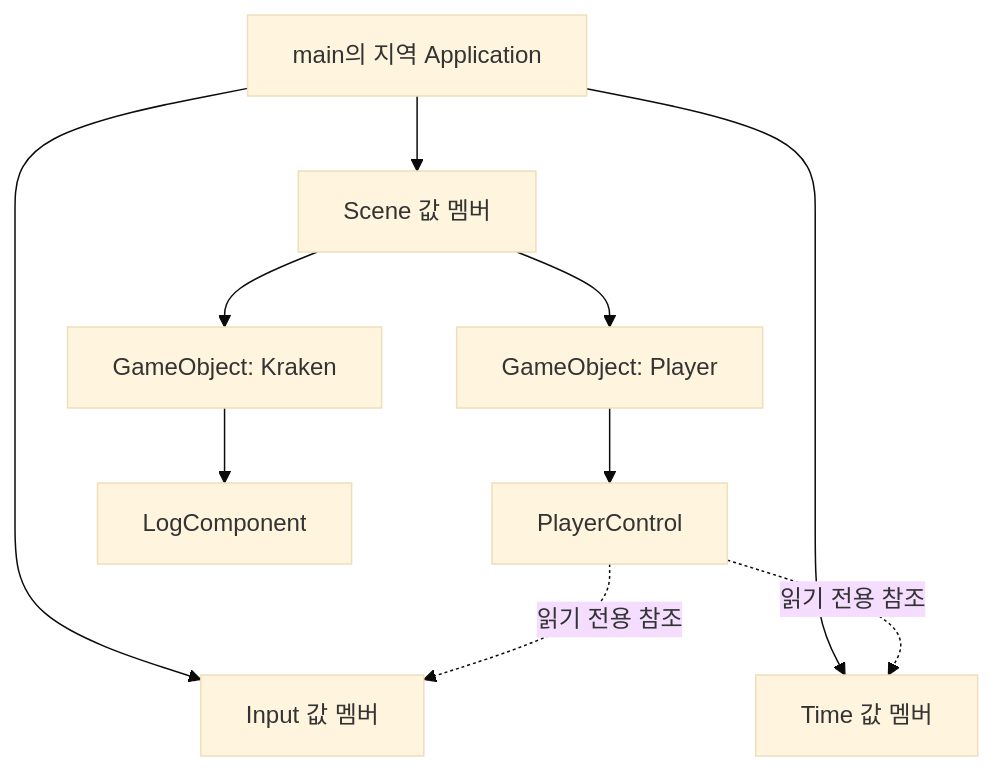
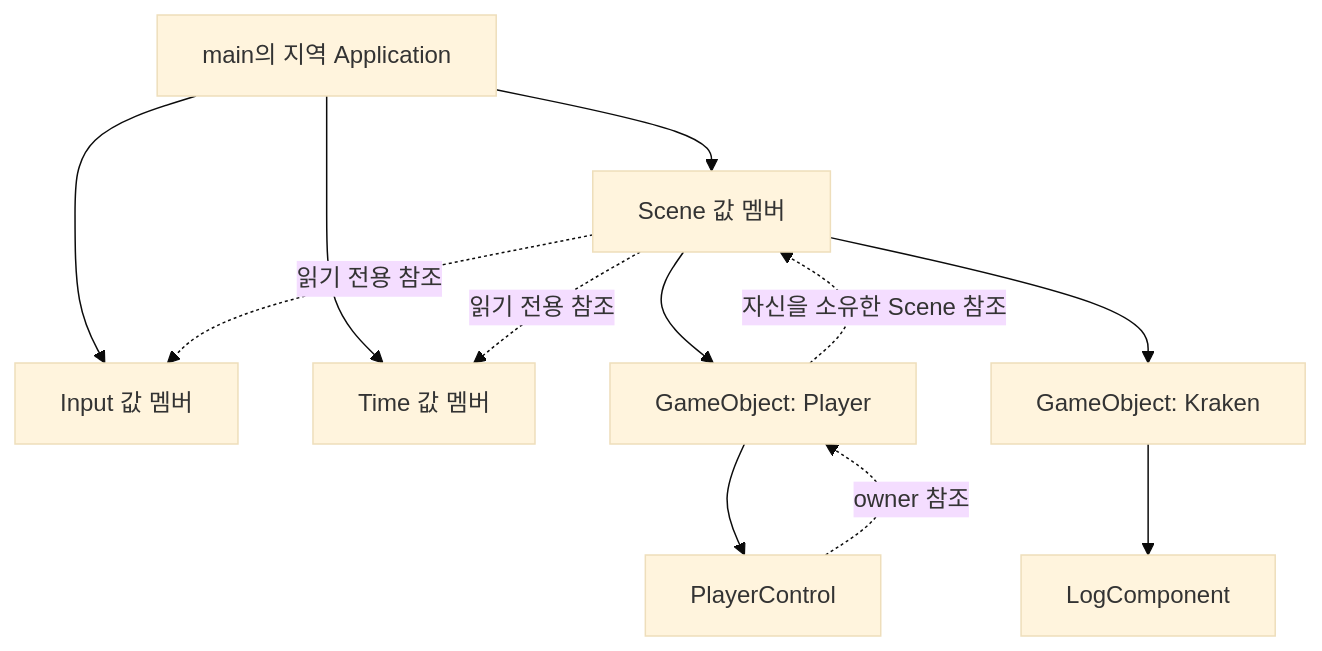
Before and after one commit to jung-seung-hwan/Nereides-Engine2: the first of 2 diagrams in docs/stages/02-input-time.md, drawn with Mermaid (base theme). The commit also changed other lines of this file and 1 other file, not shown here.

First line of the commit message:
docs: define component access through owner and scene for issue 3

````diff
--- a/docs/stages/02-input-time.md
+++ b/docs/stages/02-input-time.md
@@ -10,12 +10,14 @@
 ```mermaid
 flowchart TD
     Main["main의 지역 Application"] --> Input["Input 값 멤버"]
     Main --> Time["Time 값 멤버"]
     Main --> Scene["Scene 값 멤버"]
     Scene --> Player["GameObject: Player"]
     Scene --> Kraken["GameObject: Kraken"]
     Player --> PC["PlayerControl"]
     Kraken --> KC["LogComponent"]
-    PC -. "읽기 전용 참조" .-> Input
-    PC -. "읽기 전용 참조" .-> Time
+    PC -. "owner 참조" .-> Player
+    Player -. "자신을 소유한 Scene 참조" .-> Scene
+    Scene -. "읽기 전용 참조" .-> Input
+    Scene -. "읽기 전용 참조" .-> Time
 ```
````
